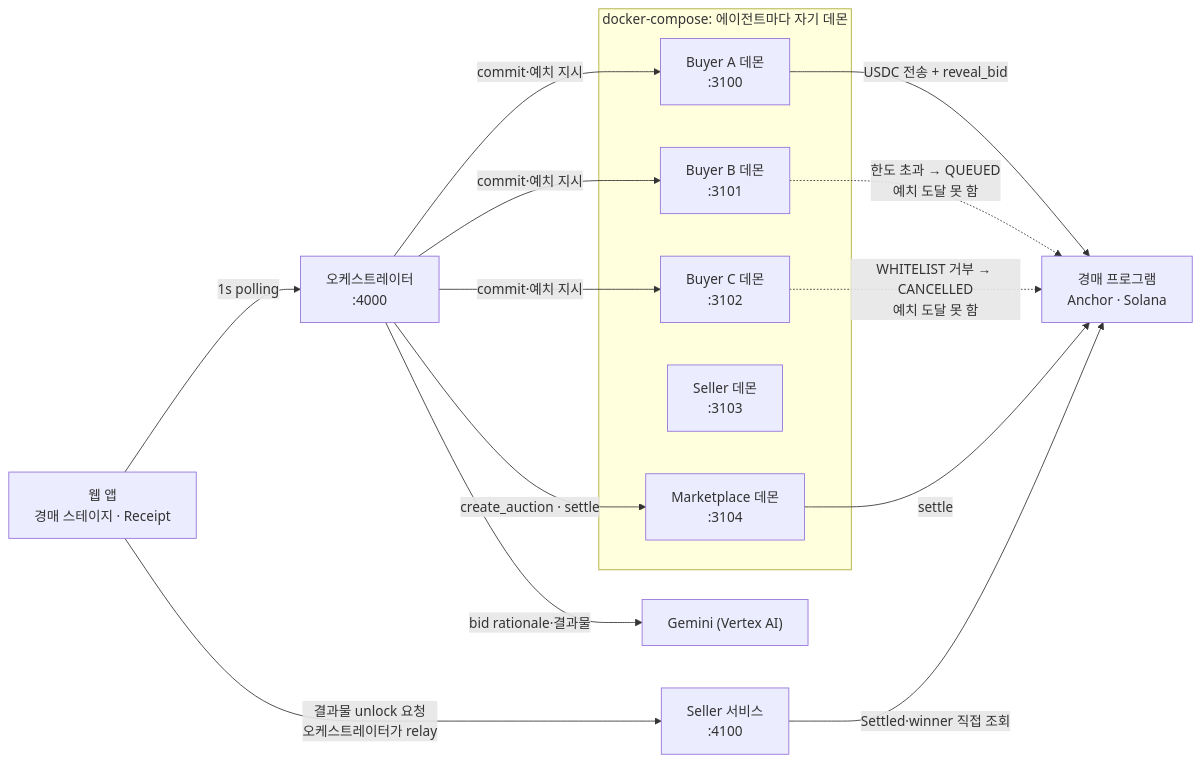
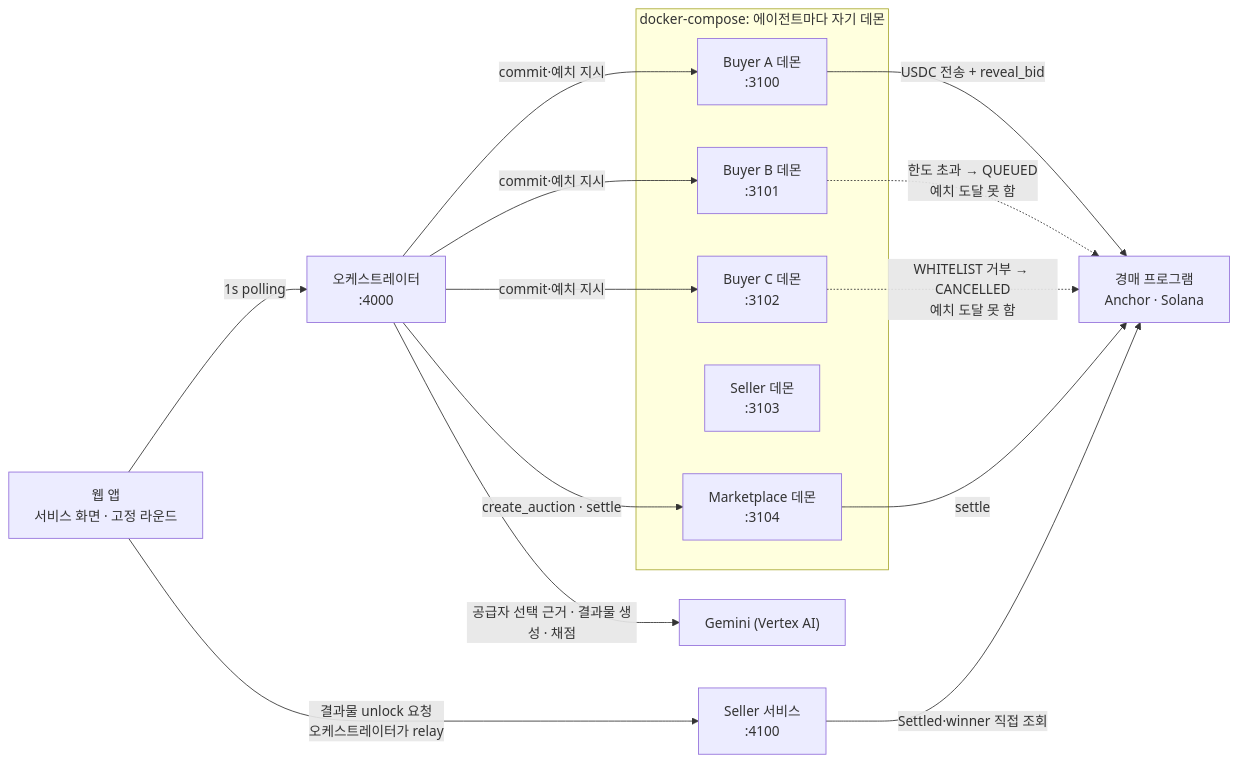
One commit to waiaas/a2a-auction changed the diagram in README.md. Above: the diagram before and after it, drawn with Mermaid. The commit also changed other lines of this file, not shown here.

````diff
--- a/README.md
+++ b/README.md
@@ -75,22 +97,22 @@
 ```mermaid
 flowchart LR
-    UI[웹 앱<br/>경매 스테이지 · Receipt] -->|1s polling| ORCH[오케스트레이터<br/>:4000]
-    ORCH -->|bid rationale·결과물| GEMINI["Gemini (Vertex AI)"]
+    UI[웹 앱<br/>서비스 화면 · 고정 라운드] -->|1s polling| ORCH[오케스트레이터<br/>:4000]
+    ORCH -->|공급자 선택 근거 · 결과물 생성 · 채점| GEMINI["Gemini (Vertex AI)"]
 
     subgraph Compose["docker-compose: 에이전트마다 자기 데몬"]
         BA[Buyer A 데몬<br/>:3100]
         BB[Buyer B 데몬<br/>:3101]
         BC[Buyer C 데몬<br/>:3102]
         SEL[Seller 데몬<br/>:3103]
         MKT[Marketplace 데몬<br/>:3104]
     end
 
     ORCH -->|commit·예치 지시| BA & BB & BC
     ORCH -->|create_auction · settle| MKT
     BA -->|USDC 전송 + reveal_bid| PROG[경매 프로그램<br/>Anchor · Solana]
     BB -.->|한도 초과 → QUEUED<br/>예치 도달 못 함| PROG
     BC -.->|WHITELIST 거부 → CANCELLED<br/>예치 도달 못 함| PROG
     MKT -->|settle| PROG
     SELLER[Seller 서비스<br/>:4100] -->|Settled·winner 직접 조회| PROG
     UI -->|결과물 unlock 요청<br/>오케스트레이터가 relay| SELLER
 ```
````
